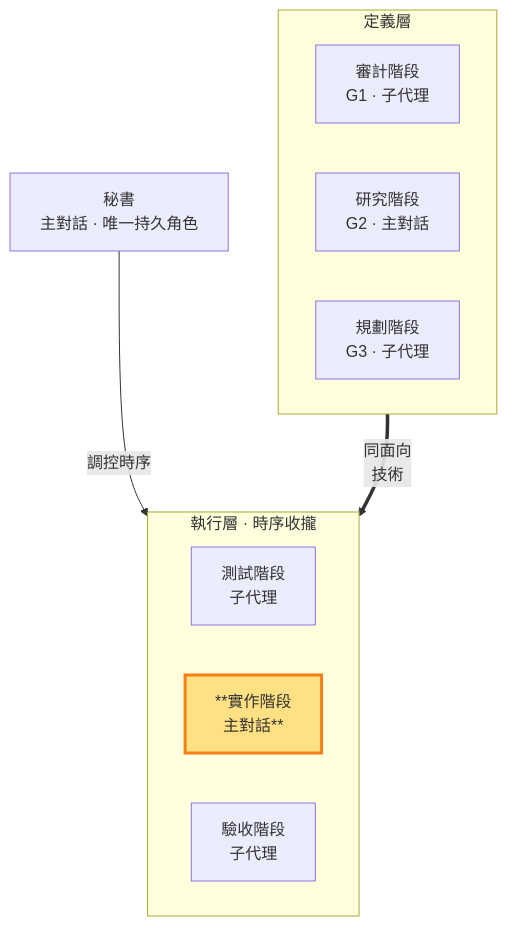
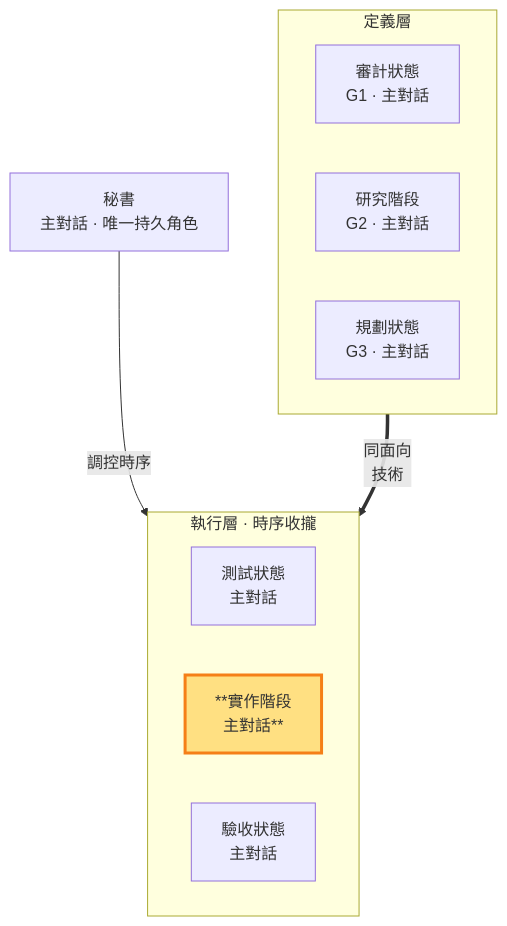
One commit to teps3105/shiftblame changed the diagram in skills/shiftblame/references/BUILD.md. Above: the diagram before and after it, drawn with Mermaid. The commit also changed other lines of this file and 31 other files, not shown here.

````diff
--- a/skills/shiftblame/references/BUILD.md
+++ b/skills/shiftblame/references/BUILD.md
@@ -16,19 +16,19 @@
 ```mermaid
 flowchart TB
     SEC[秘書<br/>主對話 · 唯一持久角色]
     subgraph Consult["定義層"]
         direction LR
-        AUD["審計階段<br/>G1 · 子代理"]
+        AUD["審計狀態<br/>G1 · 主對話"]
         RES["研究階段<br/>G2 · 主對話"]
-        PLA["規劃階段<br/>G3 · 子代理"]
+        PLA["規劃狀態<br/>G3 · 主對話"]
     end
     subgraph Build["執行層 · 時序收攏"]
         direction LR
-        TST["測試階段<br/>子代理"]
+        TST["測試狀態<br/>主對話"]
         DEV["**實作階段<br/>主對話**"]:::thisrole
-        ACC["驗收階段<br/>子代理"]
+        ACC["驗收狀態<br/>主對話"]
     end
     SEC -- 調控時序 --> DEV
     RES == "同面向<br/>技術" ==> DEV
     classDef thisrole fill:#ffe082,stroke:#f57f17,stroke-width:3px;
 ```
````
